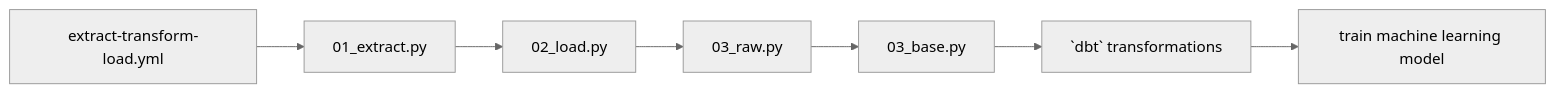
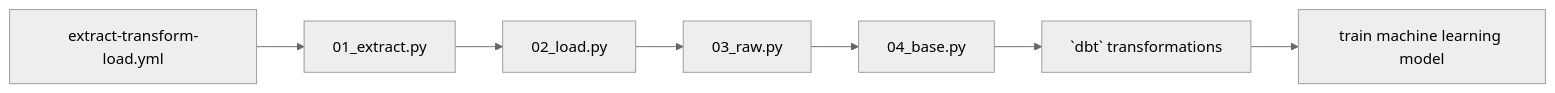
The diagram in templates/README.md (namtonthat/powerlifting-ml-progress), drawn with Mermaid (neutral theme) before and after one commit. The commit also changed other lines of this file and 8 other files, not shown here.

````diff
--- a/templates/README.md
+++ b/templates/README.md
@@ -20,18 +24,18 @@
 ```mermaid
 graph LR
 
     A[extract-transform-load.yml]
     B[01_extract.py]
     C[02_load.py]
     D[03_raw.py]
-    E[03_base.py]
+    E[04_base.py]
     F[`dbt` transformations]
     G[train machine learning model]
 
     A --> B
     B --> C
     C --> D
     D --> E
     E --> F
     F --> G
 ```
````
